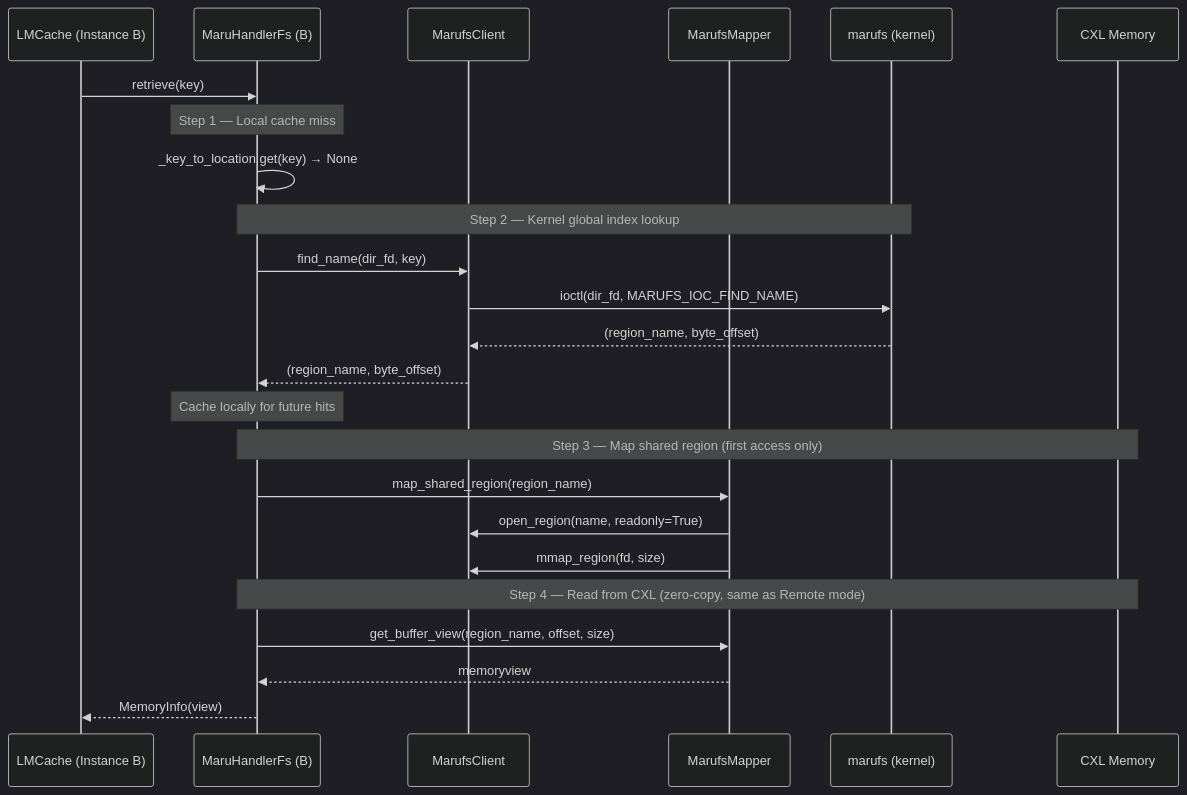
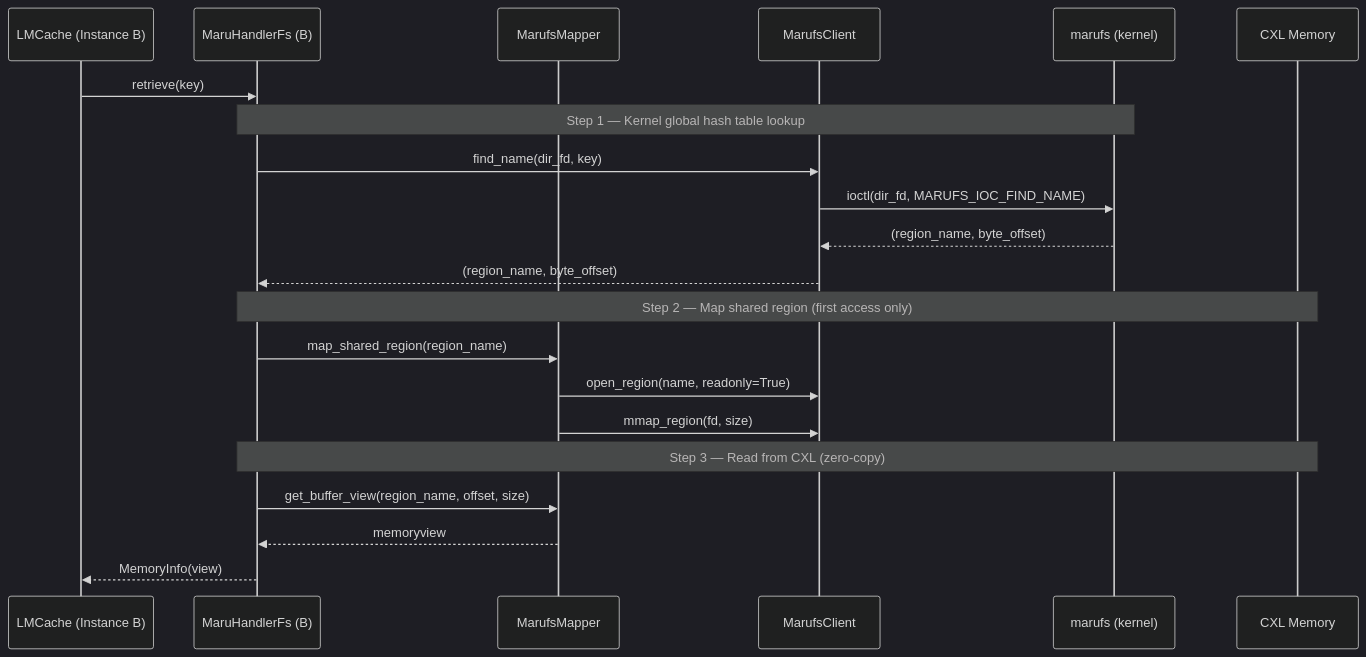
One commit to xcena-dev/maru changed the second of 4 diagrams in docs/source/design_doc/maru_fs.md. Above: the diagram before and after it, drawn with Mermaid (dark theme). The commit also changed other lines of this file and 1 other file, not shown here.

First line of the commit message:
docs: revamp marufs design doc — security-first motivation, unified terminology

````diff
--- a/docs/source/design_doc/maru_fs.md
+++ b/docs/source/design_doc/maru_fs.md
@@ -203,32 +174,27 @@
 ```mermaid
 sequenceDiagram
     participant C as LMCache (Instance B)
     participant H as MaruHandlerFs (B)
+    participant XM as MarufsMapper
     participant XC as MarufsClient
-    participant XM as MarufsMapper
     participant K as marufs (kernel)
     participant CXL as CXL Memory
 
     C->>H: retrieve(key)
 
-    Note over H: Step 1 — Local cache miss
-    H->>H: _key_to_location.get(key) → None
-
-    Note over H,K: Step 2 — Kernel global index lookup
+    Note over H,K: Step 1 — Kernel global hash table lookup
     H->>XC: find_name(dir_fd, key)
     XC->>K: ioctl(dir_fd, MARUFS_IOC_FIND_NAME)
     K-->>XC: (region_name, byte_offset)
     XC-->>H: (region_name, byte_offset)
 
-    Note over H: Cache locally for future hits
-
-    Note over H,CXL: Step 3 — Map shared region (first access only)
+    Note over H,CXL: Step 2 — Map shared region (first access only)
     H->>XM: map_shared_region(region_name)
     XM->>XC: open_region(name, readonly=True)
     XM->>XC: mmap_region(fd, size)
 
-    Note over H,CXL: Step 4 — Read from CXL (zero-copy, same as Remote mode)
+    Note over H,CXL: Step 3 — Read from CXL (zero-copy)
     H->>XM: get_buffer_view(region_name, offset, size)
     XM-->>H: memoryview
     H-->>C: MemoryInfo(view)
 ```
````
